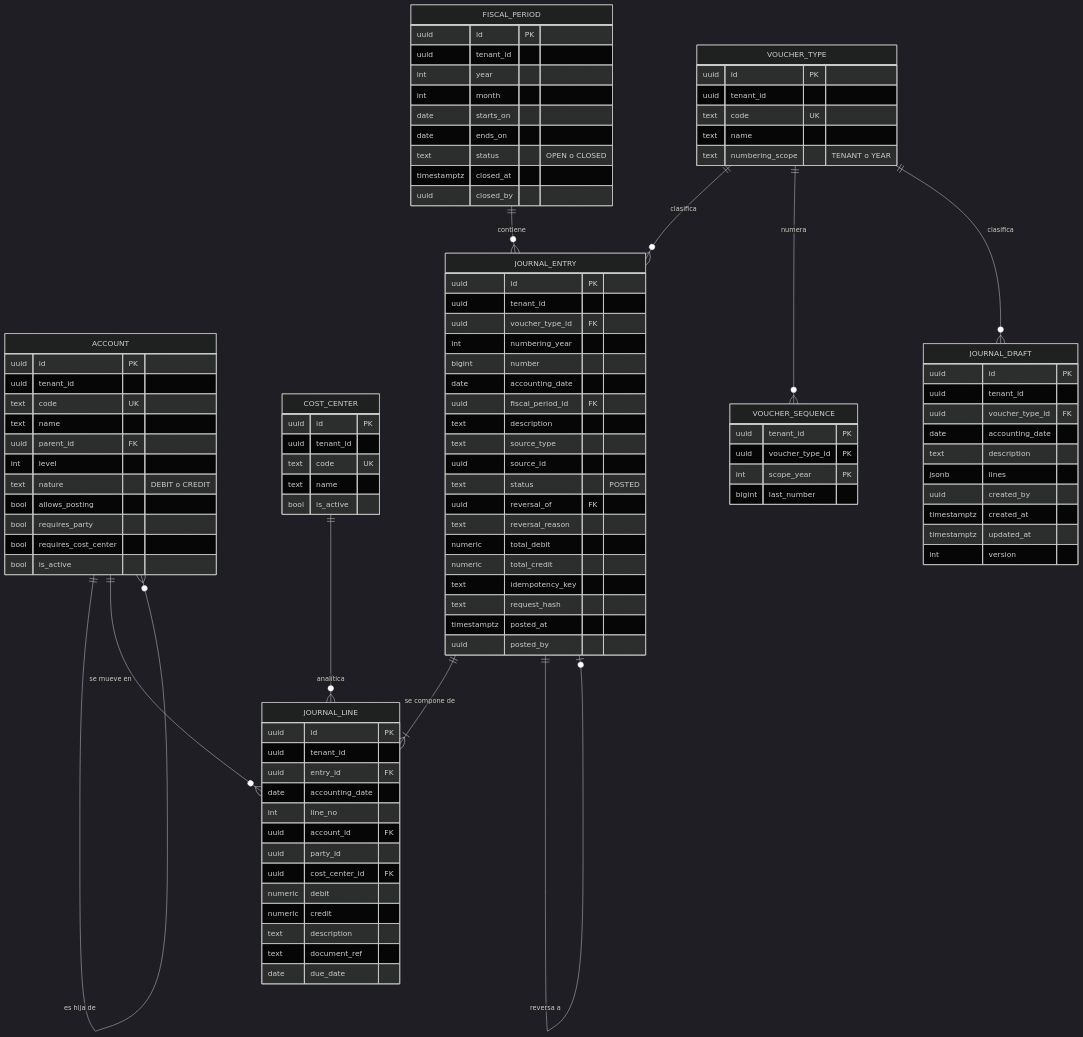
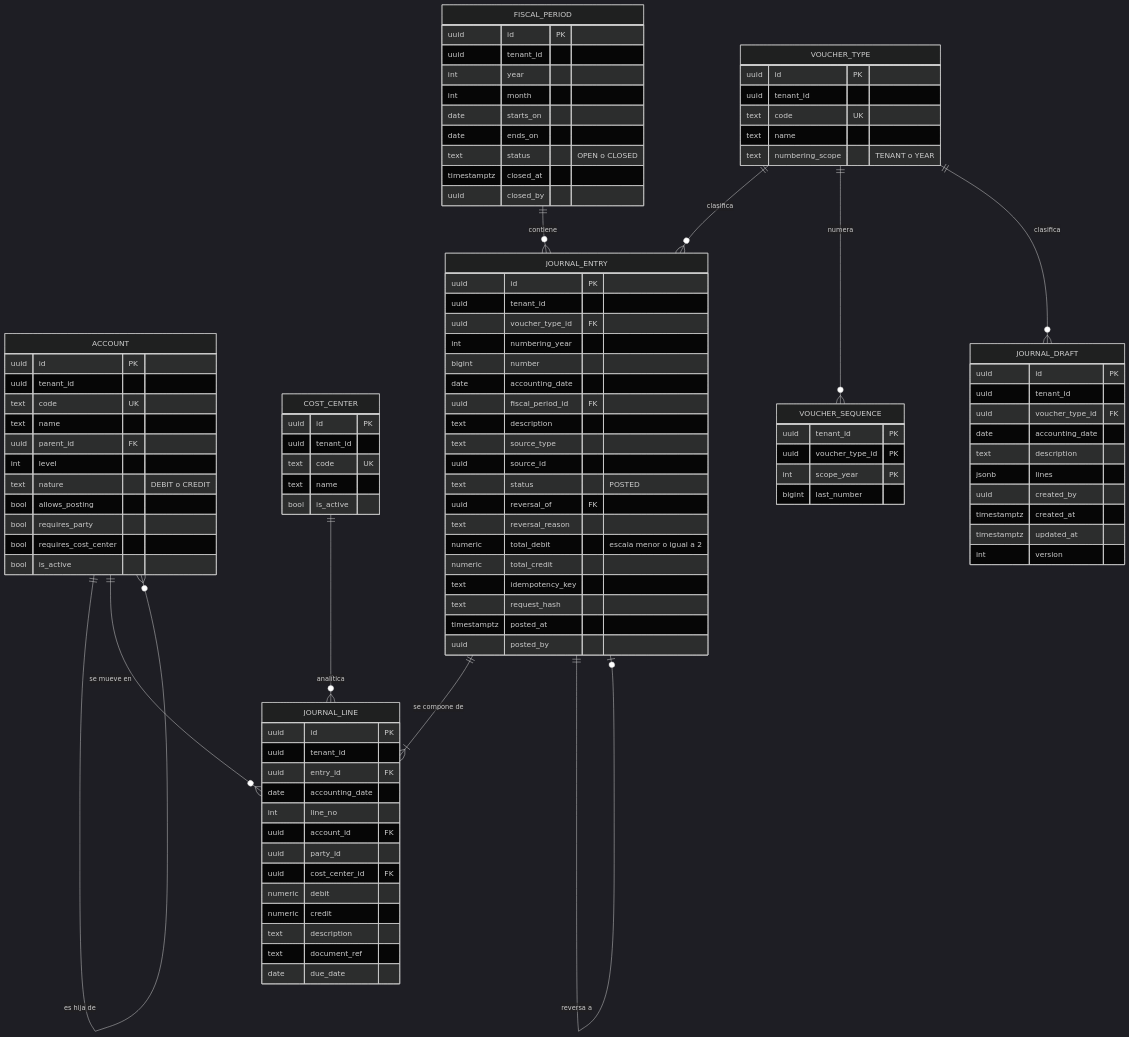
The first of 3 diagrams in docs/specs/001-contabilidad-comprobantes-inmutables/data-model.md (JpMurcia/SIFCA), drawn with Mermaid (dark theme) before and after one commit. The commit also changed other lines of this file and 85 other files, not shown here.

```diff
--- a/docs/specs/001-contabilidad-comprobantes-inmutables/data-model.md
+++ b/docs/specs/001-contabilidad-comprobantes-inmutables/data-model.md
@@ -81,7 +81,7 @@
         text status "POSTED"
         uuid reversal_of FK
         text reversal_reason
-        numeric total_debit
+        numeric total_debit "escala menor o igual a 2"
         numeric total_credit
         text idempotency_key
         text request_hash
```
